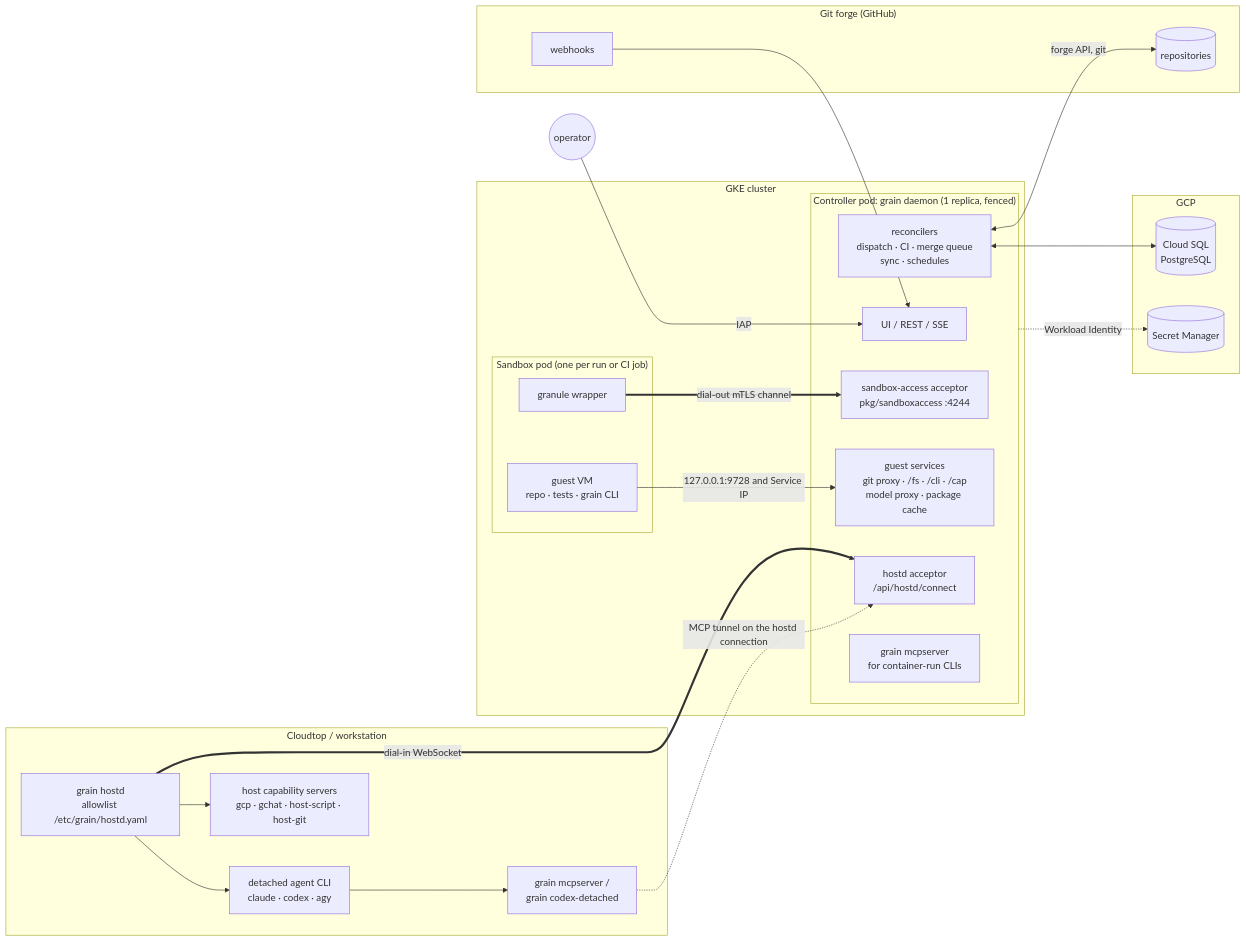
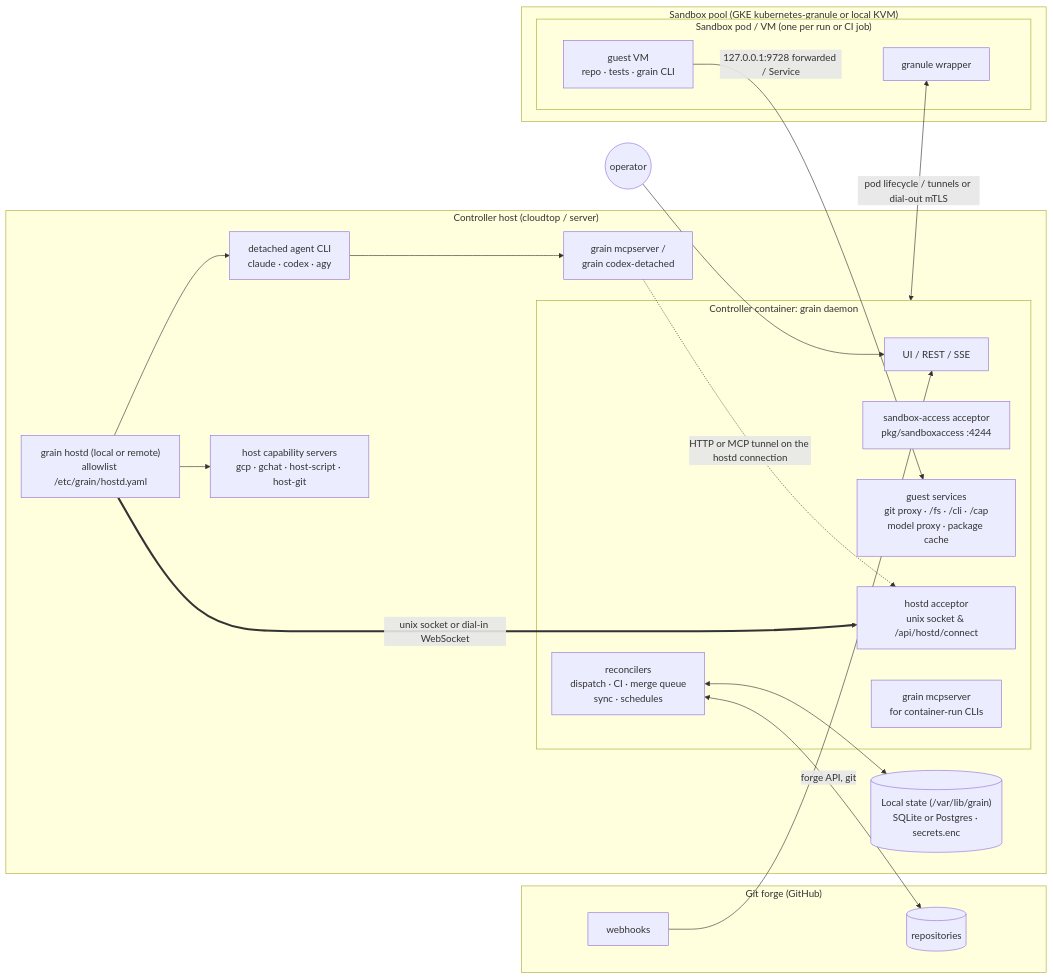
The first of 3 diagrams in design/design/architecture.design.md (ai-on-gke/grain), drawn with Mermaid before and after one commit. The commit also changed other lines of this file and 47 other files, not shown here.

First line of the commit message:
chore: remove deploy-gke artifacts and retire GKE controller cutover

````diff
--- a/design/design/architecture.design.md
+++ b/design/design/architecture.design.md
@@ -20,43 +20,39 @@
 ```mermaid
 flowchart LR
   subgraph forge["Git forge (GitHub)"]
     repos[(repositories)]
     hooks[webhooks]
   end
-  subgraph gcp["GCP"]
-    sql[(Cloud SQL<br/>PostgreSQL)]
-    sm[(Secret Manager)]
-  end
-  subgraph cluster["GKE cluster"]
-    subgraph ctl["Controller pod: grain daemon (1 replica, fenced)"]
+  subgraph host["Controller host (cloudtop / server)"]
+    store[("Local state (/var/lib/grain)<br/>SQLite or Postgres · secrets.enc")]
+    subgraph ctl["Controller container: grain daemon"]
       rec[reconcilers<br/>dispatch · CI · merge queue<br/>sync · schedules]
       api[UI / REST / SSE]
       acc[sandbox-access acceptor<br/>pkg/sandboxaccess :4244]
       gsvc["guest services<br/>git proxy · /fs · /cli · /cap<br/>model proxy · package cache"]
-      hacc["hostd acceptor<br/>/api/hostd/connect"]
+      hacc["hostd acceptor<br/>unix socket & /api/hostd/connect"]
       mcpc[grain mcpserver<br/>for container-run CLIs]
     end
-    subgraph pod["Sandbox pod (one per run or CI job)"]
+    hostd["grain hostd (local or remote)<br/>allowlist /etc/grain/hostd.yaml"]
+    cli[detached agent CLI<br/>claude · codex · agy]
+    hmcp[grain mcpserver /<br/>grain codex-detached]
+    caps[host capability servers<br/>gcp · gchat · host-script · host-git]
+  end
+  subgraph cluster["Sandbox pool (GKE kubernetes-granule or local KVM)"]
+    subgraph pod["Sandbox pod / VM (one per run or CI job)"]
       wrap[granule wrapper]
       guest[guest VM<br/>repo · tests · grain CLI]
     end
   end
-  subgraph host["Cloudtop / workstation"]
-    hostd["grain hostd<br/>allowlist /etc/grain/hostd.yaml"]
-    cli[detached agent CLI<br/>claude · codex · agy]
-    hmcp[grain mcpserver /<br/>grain codex-detached]
-    caps[host capability servers<br/>gcp · gchat · host-script · host-git]
-  end
-  browser((operator)) -->|IAP| api
+  browser((operator)) --> api
   hooks --> api
-  rec <--> sql
-  ctl -. Workload Identity .-> sm
+  rec <--> store
   rec <-->|forge API, git| repos
-  wrap ==>|dial-out mTLS channel| acc
-  guest -->|127.0.0.1:9728 and Service IP| gsvc
-  hostd ==>|dial-in WebSocket| hacc
+  ctl <-->|pod lifecycle / tunnels or dial-out mTLS| wrap
+  guest -->|127.0.0.1:9728 forwarded / Service| gsvc
+  hostd ==>|unix socket or dial-in WebSocket| hacc
   hostd --> cli
   cli --> hmcp
   hostd --> caps
-  hmcp -. MCP tunnel on the hostd connection .-> hacc
+  hmcp -. HTTP or MCP tunnel on the hostd connection .-> hacc
 ```
````
